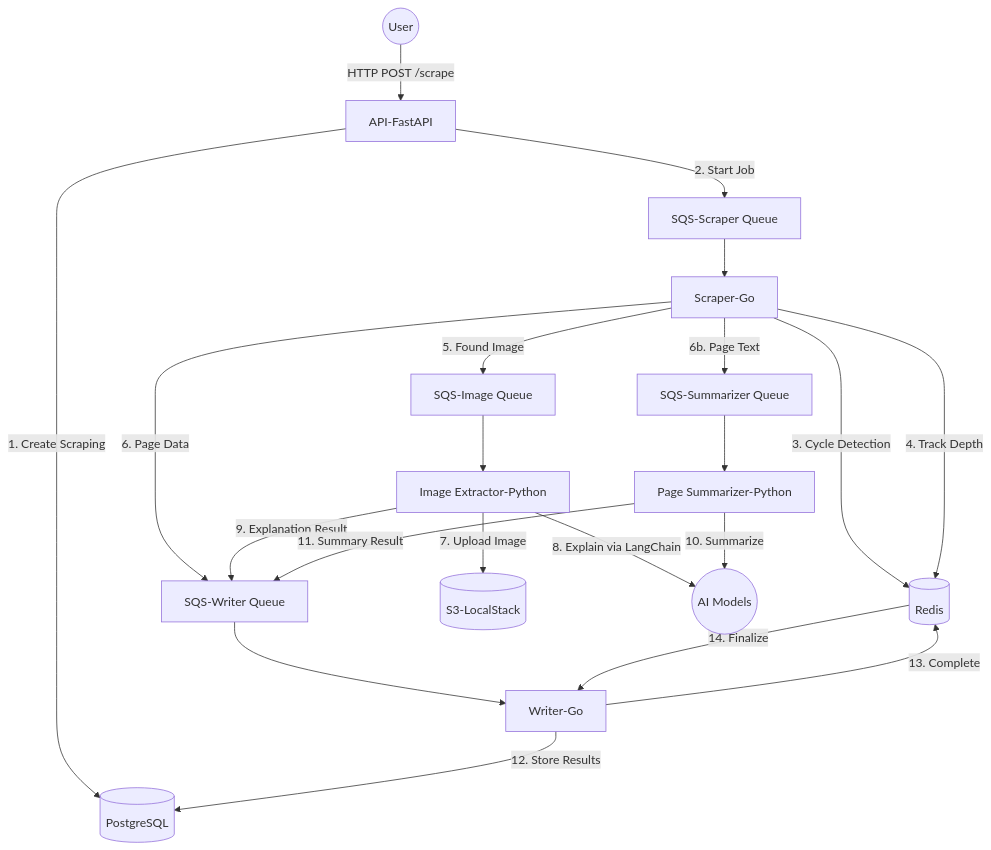
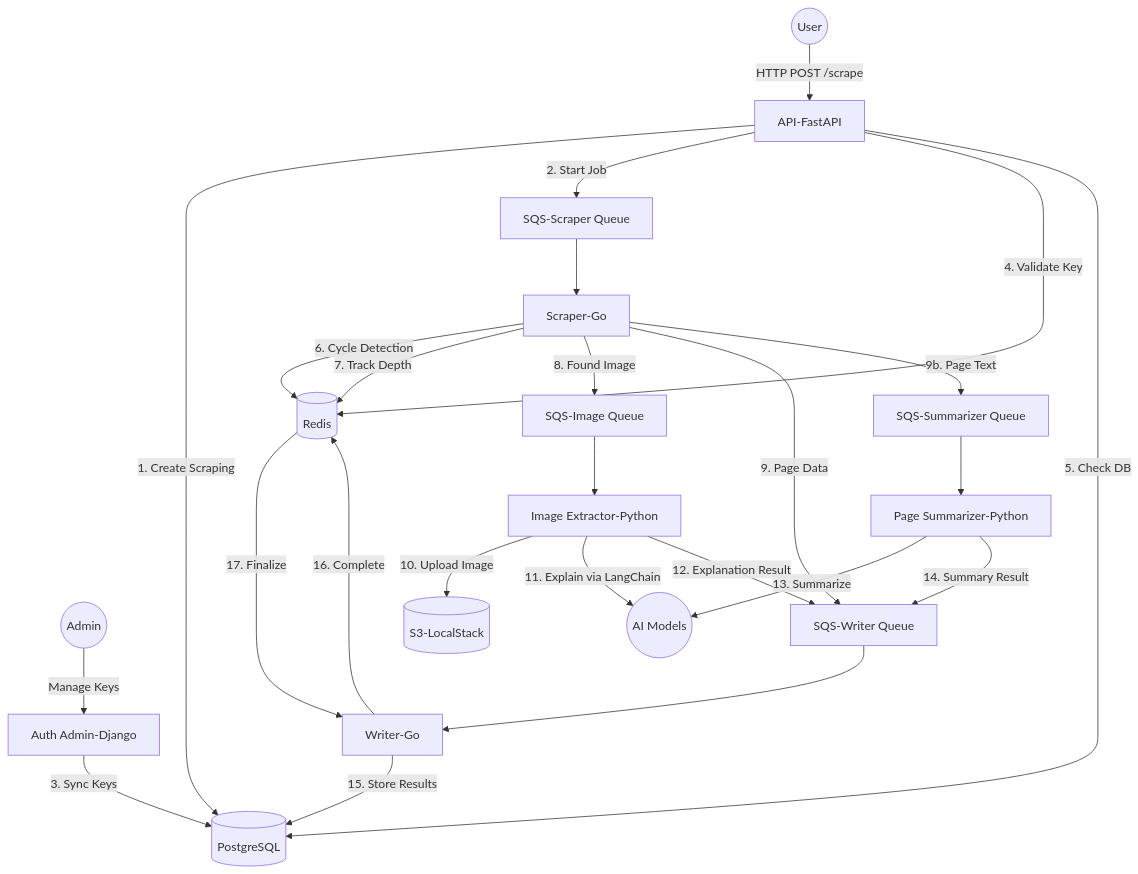
Before and after one commit to diegojromerolopez/isidorus-web-scraper: the diagram in README.md, drawn with Mermaid. The commit also changed other lines of this file and 35 other files, not shown here.

Commit message:
feat: apikey and auth management from Django

````diff
--- a/README.md
+++ b/README.md
@@ -36,27 +36,32 @@
 ```mermaid
 graph TD
     User((User)) -->|HTTP POST /scrape| API[API-FastAPI]
     API -->|1. Create Scraping| DB[(PostgreSQL)]
     API -->|2. Start Job| SQS_S[SQS-Scraper Queue]
     
+    Admin((Admin)) -->|Manage Keys| AuthAdmin[Auth Admin-Django]
+    AuthAdmin -->|3. Sync Keys| DB
+    API -->|4. Validate Key| Redis[(Redis)]
+    API -->|5. Check DB| DB
+    
     SQS_S --> Scraper[Scraper-Go]
-    Scraper -->|3. Cycle Detection| Redis[(Redis)]
-    Scraper -->|4. Track Depth| Redis
-    Scraper -->|5. Found Image| SQS_I[SQS-Image Queue]
-    Scraper -->|6. Page Data| SQS_W[SQS-Writer Queue]
+    Scraper -->|6. Cycle Detection| Redis
+    Scraper -->|7. Track Depth| Redis
+    Scraper -->|8. Found Image| SQS_I[SQS-Image Queue]
+    Scraper -->|9. Page Data| SQS_W[SQS-Writer Queue]
     
     SQS_I --> Extractor[Image Extractor-Python]
-    Extractor -->|7. Upload Image| S3[(S3-LocalStack)]
-    Extractor -->|8. Explain via LangChain| LLM((AI Models))
-    Extractor -->|9. Explanation Result| SQS_W
+    Extractor -->|10. Upload Image| S3[(S3-LocalStack)]
+    Extractor -->|11. Explain via LangChain| LLM((AI Models))
+    Extractor -->|12. Explanation Result| SQS_W
 
-    Scraper -->|6b. Page Text| SQS_PS[SQS-Summarizer Queue]
+    Scraper -->|9b. Page Text| SQS_PS[SQS-Summarizer Queue]
     SQS_PS --> Summarizer[Page Summarizer-Python]
-    Summarizer -->|10. Summarize| LLM
-    Summarizer -->|11. Summary Result| SQS_W
+    Summarizer -->|13. Summarize| LLM
+    Summarizer -->|14. Summary Result| SQS_W
     
     SQS_W --> Writer[Writer-Go]
-    Writer -->|12. Store Results| DB
-    Writer -->|13. Complete| Redis
-    Redis -->|14. Finalize| Writer
+    Writer -->|15. Store Results| DB
+    Writer -->|16. Complete| Redis
+    Redis -->|17. Finalize| Writer
 ```
````
